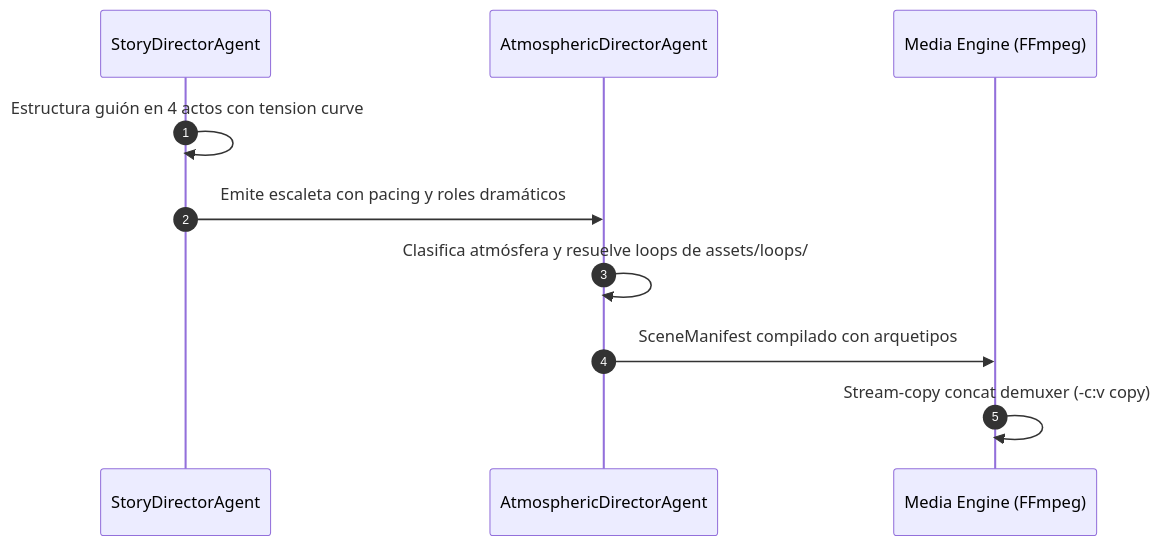
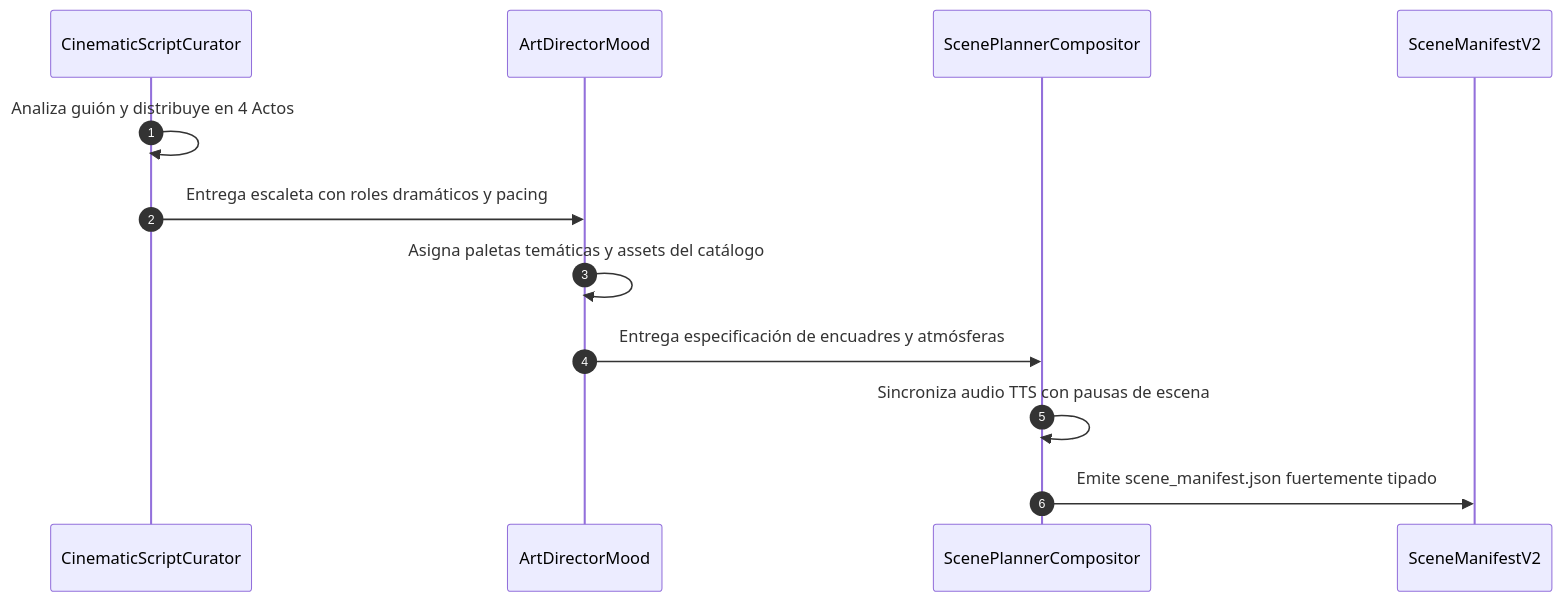
The third of 3 diagrams in docs/PROPUESTA_EVOLUCION_PIPELINE_VISUAL.md (soyaelithia-ui/yt-auto), drawn with Mermaid before and after one commit. The commit also changed other lines of this file and 81 other files, not shown here.

Commit message:
chore: prune legacy graphics and enable cookie uploads

````diff
--- a/docs/PROPUESTA_EVOLUCION_PIPELINE_VISUAL.md
+++ b/docs/PROPUESTA_EVOLUCION_PIPELINE_VISUAL.md
@@ -40,13 +133,15 @@
 ```mermaid
 sequenceDiagram
     autonumber
-    participant Story as StoryDirectorAgent
-    participant Mood as AtmosphericDirectorAgent
-    participant Engine as Media Engine (FFmpeg)
+    participant Curator as CinematicScriptCurator
+    participant Director as ArtDirectorMood
+    participant Planner as ScenePlannerCompositor
+    participant Manifest as SceneManifestV2
 
-    Story->>Story: Estructura guión en 4 actos con tension curve
-    Story->>Mood: Emite escaleta con pacing y roles dramáticos
-    Mood->>Mood: Clasifica atmósfera y resuelve loops de assets/loops/
-    Mood->>Engine: SceneManifest compilado con arquetipos
-    Engine->>Engine: Stream-copy concat demuxer (-c:v copy)
+    Curator->>Curator: Analiza guión y distribuye en 4 Actos
+    Curator->>Director: Entrega escaleta con roles dramáticos y pacing
+    Director->>Director: Asigna paletas temáticas y assets del catálogo
+    Director->>Planner: Entrega especificación de encuadres y atmósferas
+    Planner->>Planner: Sincroniza audio TTS con pausas de escena
+    Planner->>Manifest: Emite scene_manifest.json fuertemente tipado
 ```
````
